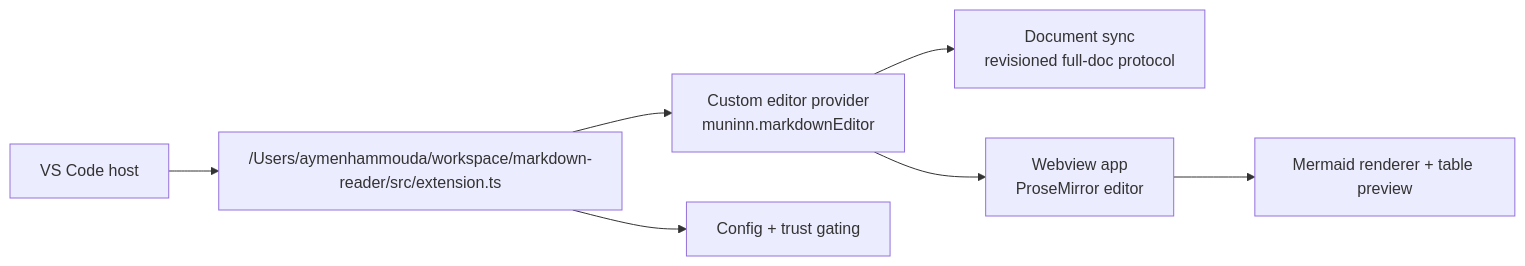
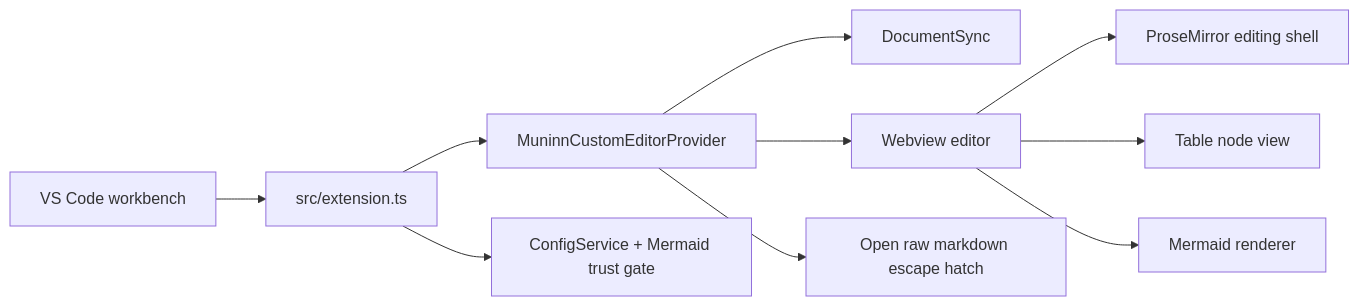
Before and after one commit to bluecloud-dev/markdown-preview: the diagram in docs/ARCHITECTURE.md, drawn with Mermaid. The commit also changed other lines of this file and 33 other files, not shown here.

````diff
--- a/docs/ARCHITECTURE.md
+++ b/docs/ARCHITECTURE.md
@@ -12,9 +7,12 @@
 ```mermaid
 flowchart LR
-  A["VS Code host"] --> B["/Users/aymenhammouda/workspace/markdown-reader/src/extension.ts"]
-  B --> C["Custom editor provider\nmuninn.markdownEditor"]
-  C --> D["Document sync\nrevisioned full-doc protocol"]
-  C --> E["Webview app\nProseMirror editor"]
-  E --> F["Mermaid renderer + table preview"]
-  B --> G["Config + trust gating"]
+  A["VS Code workbench"] --> B["src/extension.ts"]
+  B --> C["MuninnCustomEditorProvider"]
+  B --> D["ConfigService + Mermaid trust gate"]
+  C --> E["DocumentSync"]
+  C --> F["Webview editor"]
+  F --> G["ProseMirror editing shell"]
+  F --> H["Table node view"]
+  F --> I["Mermaid renderer"]
+  C --> J["Open raw markdown escape hatch"]
 ```
````
